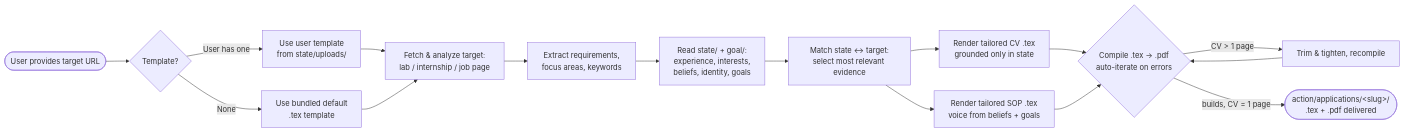
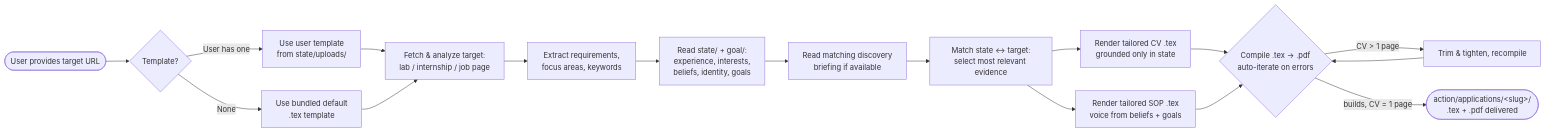
Before and after one commit to junggyubae/career-planner: the eighth of 9 diagrams in .jg/prd-career-planner-card.md, drawn with Mermaid. The commit also changed other lines of this file and 9 other files, not shown here.

````diff
--- a/.jg/prd-career-planner-card.md
+++ b/.jg/prd-career-planner-card.md
@@ -247,18 +272,19 @@
 ```mermaid
 flowchart LR
     S([User provides target URL]) --> T{Template?}
     T -->|User has one| Tu[Use user template<br/>from state/uploads/]
     T -->|None| Td[Use bundled default<br/>.tex template]
     Tu --> A1
     Td --> A1
     A1[Fetch & analyze target:<br/>lab / internship / job page] --> A2[Extract requirements,<br/>focus areas, keywords]
     A2 --> A3[Read state/ + goal/:<br/>experience, interests,<br/>beliefs, identity, goals]
-    A3 --> A4[Match state ↔ target:<br/>select most relevant evidence]
+    A3 --> A3b[Read matching discovery<br/>briefing if available]
+    A3b --> A4[Match state ↔ target:<br/>select most relevant evidence]
     A4 --> A5[Render tailored CV .tex<br/>grounded only in state]
     A4 --> A6[Render tailored SOP .tex<br/>voice from beliefs + goals]
     A5 --> C{Compile .tex → .pdf<br/>auto-iterate on errors}
     A6 --> C
     C -->|CV > 1 page| Trim[Trim & tighten, recompile]
     Trim --> C
     C -->|builds, CV = 1 page| Out([action/applications/&lt;slug&gt;/<br/>.tex + .pdf delivered])
 ```
````
